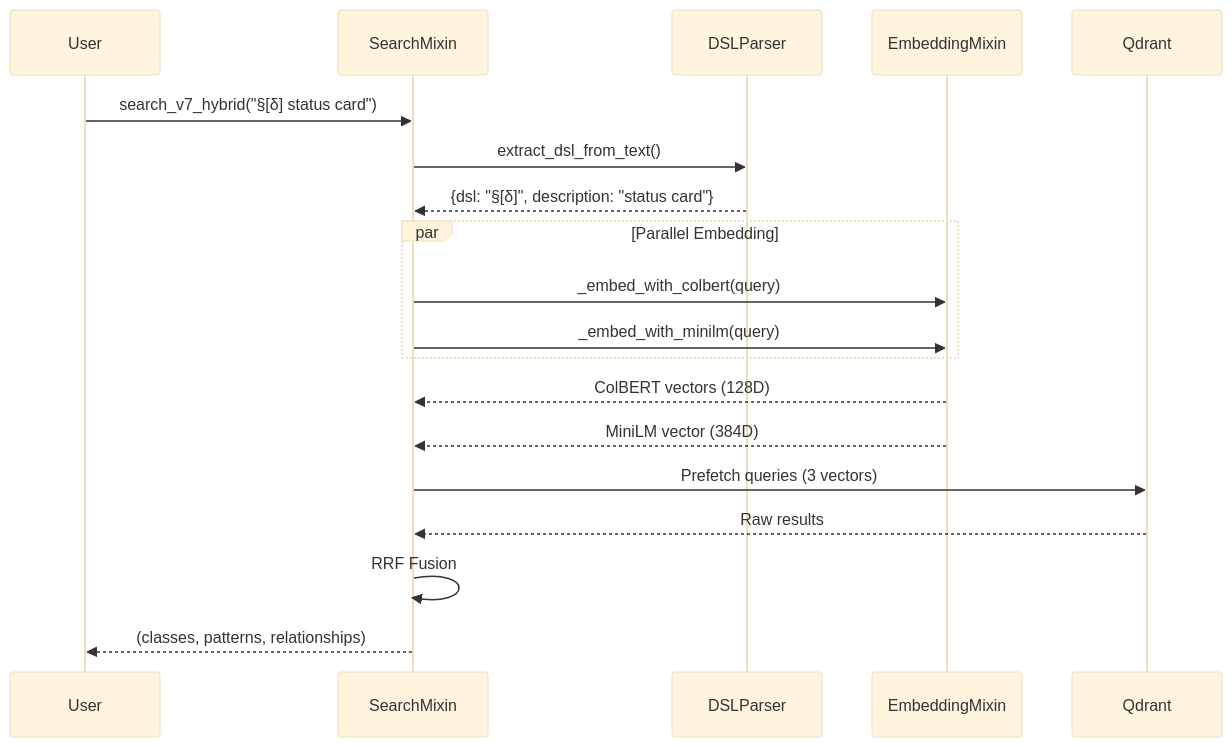
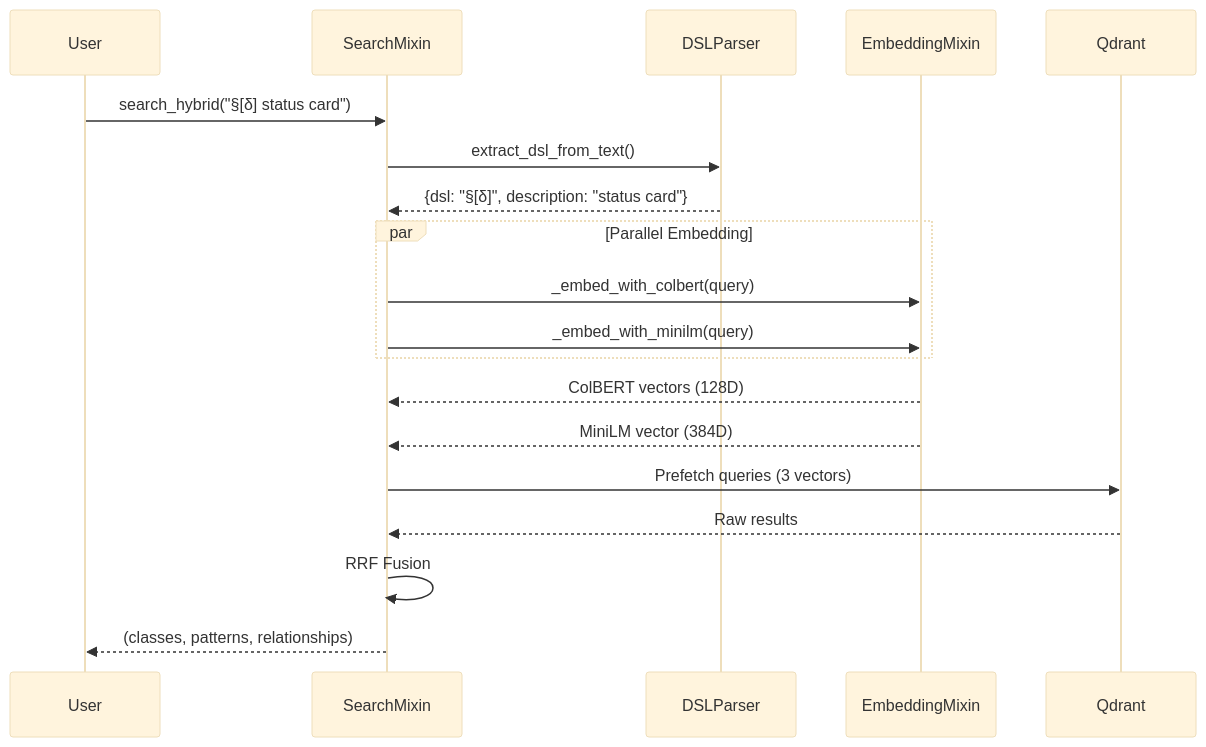
One commit to dipseth/google_workspace_fastmcp2 changed the third of 5 diagrams in adapters/module_wrapper/README.md. Above: the diagram before and after it, drawn with Mermaid (base theme). The commit also changed other lines of this file and 37 other files, not shown here.

````diff
--- a/adapters/module_wrapper/README.md
+++ b/adapters/module_wrapper/README.md
@@ -201,26 +201,26 @@
 ```mermaid
 sequenceDiagram
     participant User
     participant SearchMixin
     participant DSLParser
     participant EmbeddingMixin
     participant Qdrant
 
-    User->>SearchMixin: search_v7_hybrid("§[δ] status card")
+    User->>SearchMixin: search_hybrid("§[δ] status card")
     SearchMixin->>DSLParser: extract_dsl_from_text()
     DSLParser-->>SearchMixin: {dsl: "§[δ]", description: "status card"}
 
     par Parallel Embedding
         SearchMixin->>EmbeddingMixin: _embed_with_colbert(query)
         SearchMixin->>EmbeddingMixin: _embed_with_minilm(query)
     end
 
     EmbeddingMixin-->>SearchMixin: ColBERT vectors (128D)
     EmbeddingMixin-->>SearchMixin: MiniLM vector (384D)
 
     SearchMixin->>Qdrant: Prefetch queries (3 vectors)
     Qdrant-->>SearchMixin: Raw results
 
     SearchMixin->>SearchMixin: RRF Fusion
     SearchMixin-->>User: (classes, patterns, relationships)
 ```
````
